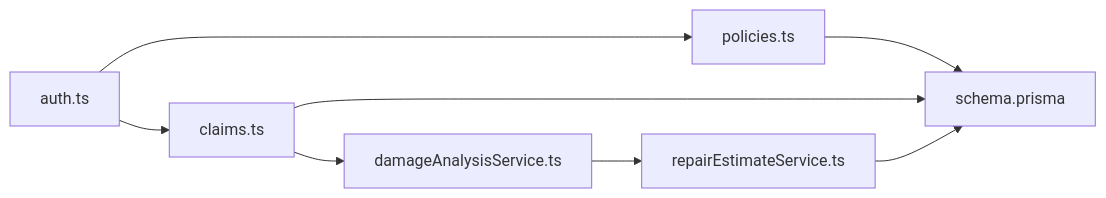
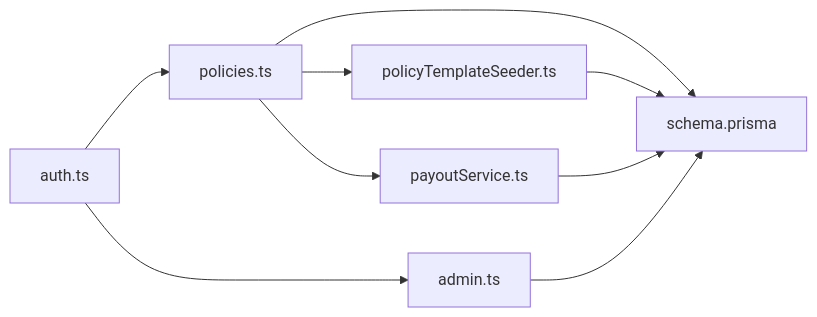
The seventh of 8 diagrams in .qoder/repowiki/en/content/Business Logic Layer/Policy Management System.md (NaveenHiranya/Smart-Vehicle-Insurance-Claim-System), drawn with Mermaid before and after one commit. The commit also changed other lines of this file and 38 other files, not shown here.

````diff
--- a/.qoder/repowiki/en/content/Business Logic Layer/Policy Management System.md
+++ b/.qoder/repowiki/en/content/Business Logic Layer/Policy Management System.md
@@ -276,10 +351,11 @@
 ```mermaid
 graph LR
 Auth["auth.ts"] --> Pol["policies.ts"]
-Auth --> Clm["claims.ts"]
+Auth --> Admin["admin.ts"]
 Pol --> DB["schema.prisma"]
-Clm --> DB
-Clm --> DA["damageAnalysisService.ts"]
-DA --> RE["repairEstimateService.ts"]
-RE --> DB
+Admin --> DB
+Pol --> Template["policyTemplateSeeder.ts"]
+Template --> DB
+Pol --> Payout["payoutService.ts"]
+Payout --> DB
 ```
````
